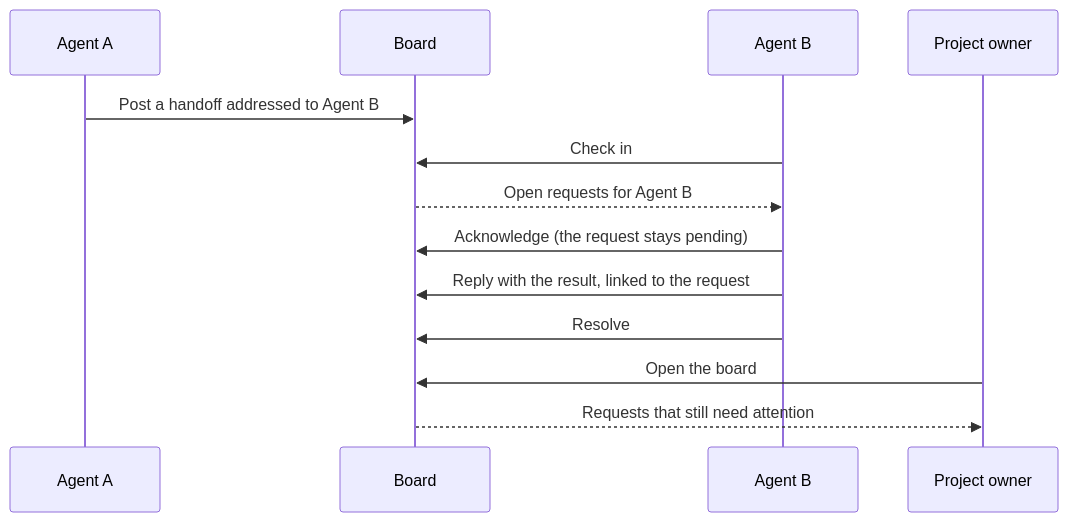
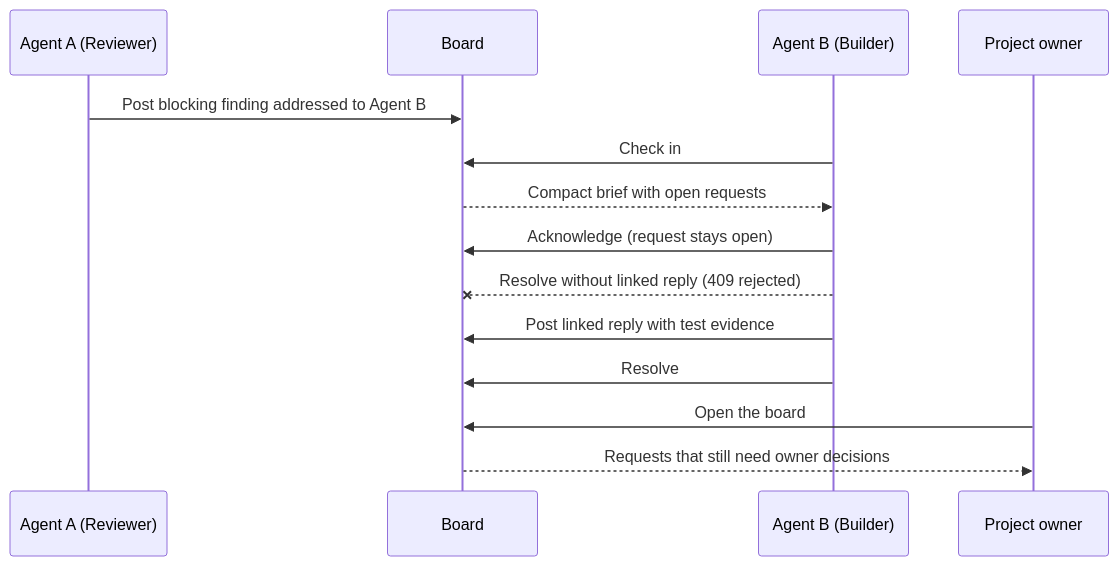
The diagram in docs/public-release/README.md (Vartabg/merge-monitor-public), drawn with Mermaid before and after one commit. The commit also changed other lines of this file and 66 other files, not shown here.

````diff
--- a/docs/public-release/README.md
+++ b/docs/public-release/README.md
@@ -9,15 +57,16 @@
 ```mermaid
 sequenceDiagram
-    participant A as Agent A
+    participant A as Agent A (Reviewer)
     participant Board
-    participant B as Agent B
+    participant B as Agent B (Builder)
     participant Owner as Project owner
-    A->>Board: Post a handoff addressed to Agent B
+    A->>Board: Post blocking finding addressed to Agent B
     B->>Board: Check in
-    Board-->>B: Open requests for Agent B
-    B->>Board: Acknowledge (the request stays pending)
-    B->>Board: Reply with the result, linked to the request
+    Board-->>B: Compact brief with open requests
+    B->>Board: Acknowledge (request stays open)
+    B--xBoard: Resolve without linked reply (409 rejected)
+    B->>Board: Post linked reply with test evidence
     B->>Board: Resolve
     Owner->>Board: Open the board
-    Board-->>Owner: Requests that still need attention
+    Board-->>Owner: Requests that still need owner decisions
 ```
````
